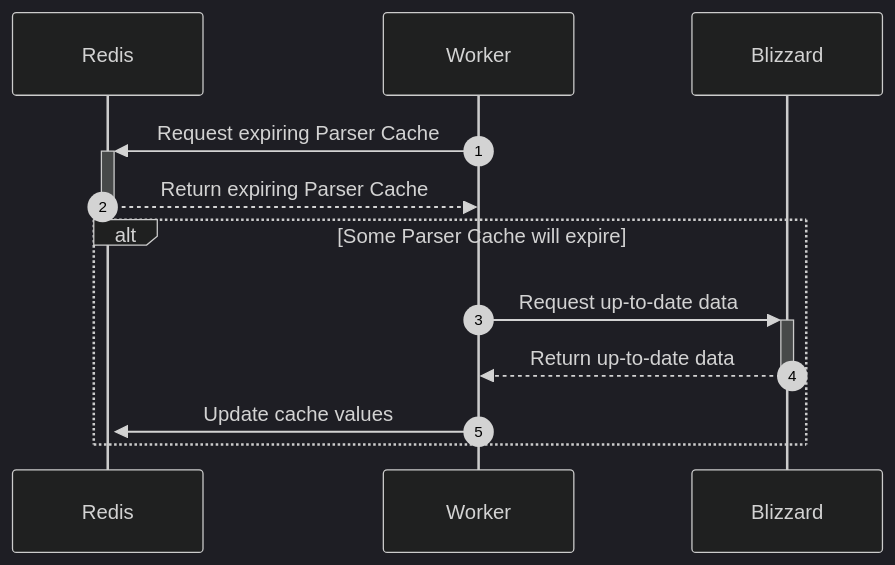
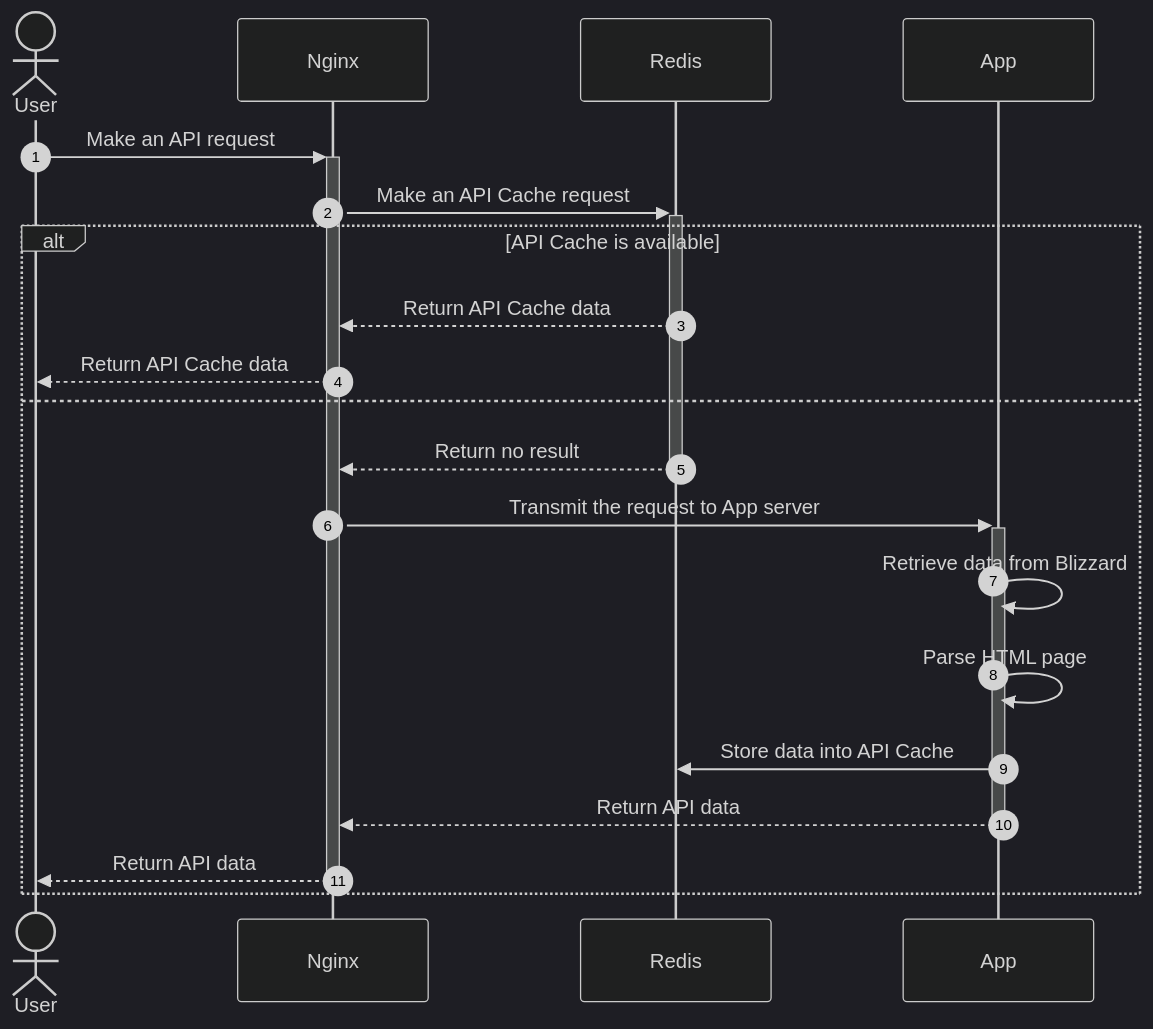
One commit to TeKrop/overfast-api changed the first of 2 diagrams in README.md. Above: the diagram before and after it, drawn with Mermaid (dark theme). The commit also changed other lines of this file and 9 other files, not shown here.

````diff
--- a/README.md
+++ b/README.md
@@ -114,14 +123,22 @@
 ```mermaid
 sequenceDiagram
     autonumber
+    actor User
+    participant Nginx
     participant Redis
-    participant Worker
-    participant Blizzard
-    Worker->>+Redis: Request expiring Parser Cache
-    Redis-->>-Worker: Return expiring Parser Cache
-    alt Some Parser Cache will expire
-        Worker->>+Blizzard: Request up-to-date data
-        Blizzard-->>-Worker: Return up-to-date data
-        Worker->>+Redis: Update cache values
+    participant App
+    User->>+Nginx: Make an API request
+    Nginx->>+Redis: Make an API Cache request
+    alt API Cache is available
+        Redis-->>Nginx: Return API Cache data
+        Nginx-->>User: Return API Cache data
+    else
+        Redis-->>-Nginx: Return no result
+        Nginx->>+App: Transmit the request to App server
+        App->>App: Retrieve data from Blizzard
+        App->>App: Parse HTML page
+        App->>Redis: Store data into API Cache
+        App-->>-Nginx: Return API data
+        Nginx-->>-User: Return API data
     end
 ```
````
